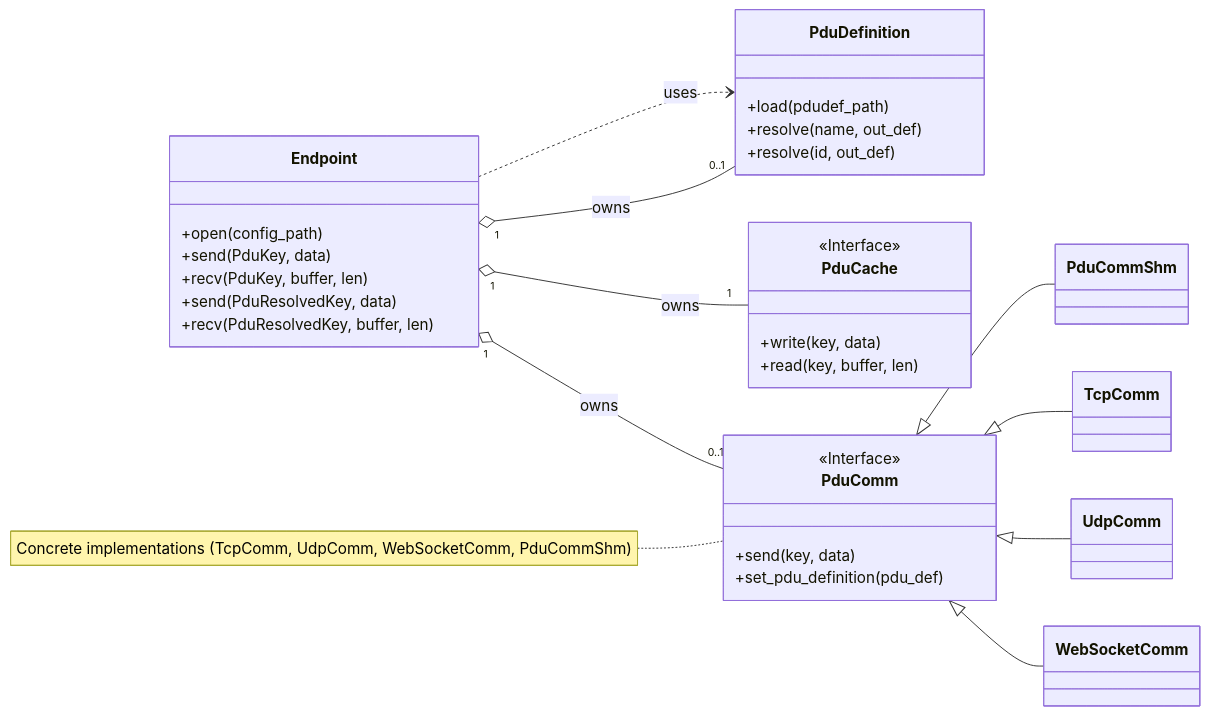
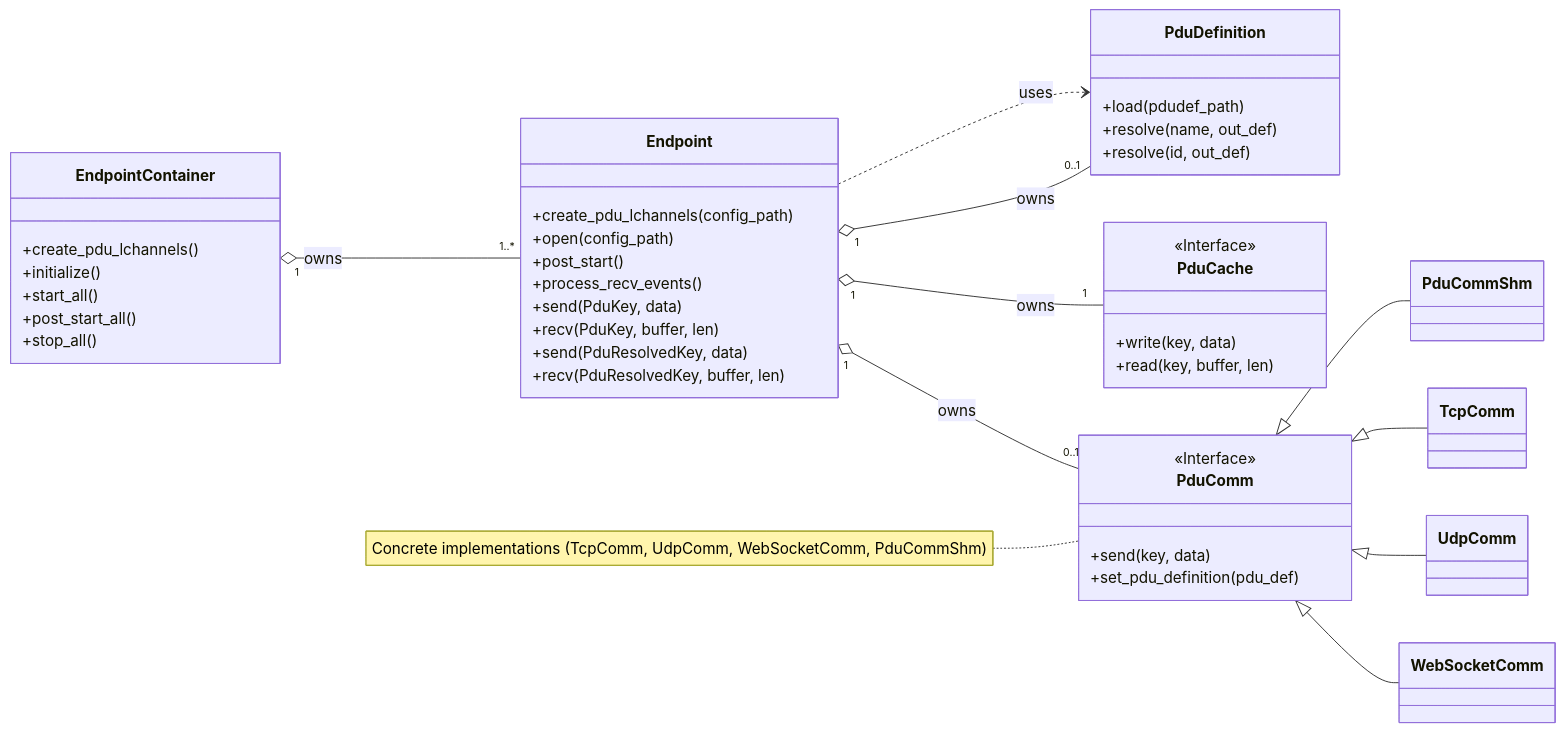
Before and after one commit to hakoniwalab/hakoniwa-pdu-endpoint: the diagram in README.md, drawn with Mermaid. The commit also changed other lines of this file and 27 other files, not shown here.

````diff
--- a/README.md
+++ b/README.md
@@ -224,48 +275,59 @@
 ```mermaid
 classDiagram
     direction LR
 
     class Endpoint {
+        +create_pdu_lchannels(config_path)
         +open(config_path)
+        +post_start()
+        +process_recv_events()
         +send(PduKey, data)
         +recv(PduKey, buffer, len)
         +send(PduResolvedKey, data)
         +recv(PduResolvedKey, buffer, len)
+    }
+    class EndpointContainer {
+        +create_pdu_lchannels()
+        +initialize()
+        +start_all()
+        +post_start_all()
+        +stop_all()
     }
 
     class PduDefinition {
         +load(pdudef_path)
         +resolve(name, out_def)
         +resolve(id, out_def)
     }
 
     class PduCache {
         <<Interface>>
         +write(key, data)
         +read(key, buffer, len)
     }
 
     class PduComm {
         <<Interface>>
         +send(key, data)
         +set_pdu_definition(pdu_def)
     }
 
     class PduCommShm
     class TcpComm
     class UdpComm
     class WebSocketComm
 
     Endpoint "1" o-- "0..1" PduDefinition : owns
     Endpoint "1" o-- "1" PduCache : owns
     Endpoint "1" o-- "0..1" PduComm : owns
+    EndpointContainer "1" o-- "1..*" Endpoint : owns
     Endpoint ..> PduDefinition : uses
 
     PduComm <|-- PduCommShm
     PduComm <|-- TcpComm
     PduComm <|-- UdpComm
     PduComm <|-- WebSocketComm
     
     note for PduComm "Concrete implementations (TcpComm, UdpComm, WebSocketComm, PduCommShm)"
 
 ```
````
